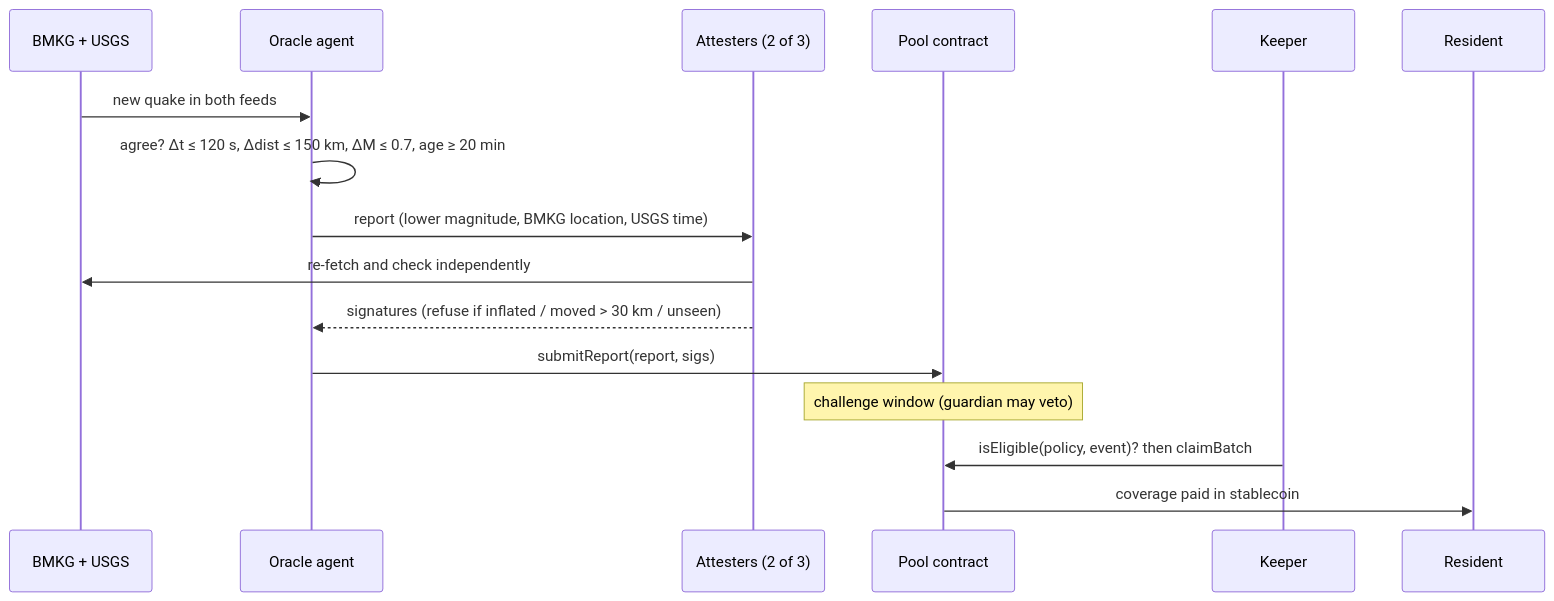
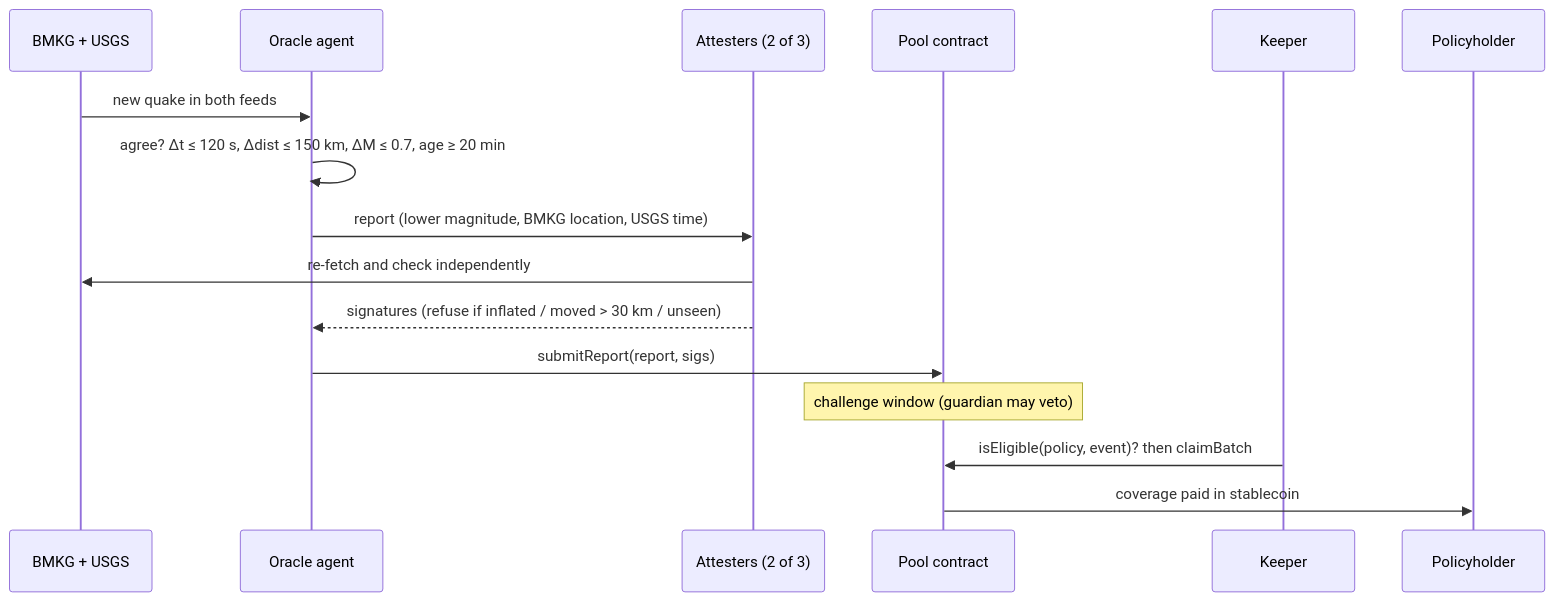
The second of 2 diagrams in README.md (arsetkus/arkus-quake), drawn with Mermaid before and after one commit. The commit also changed other lines of this file and 4 other files, not shown here.

````diff
--- a/README.md
+++ b/README.md
@@ -46,18 +46,18 @@
 ```mermaid
 sequenceDiagram
   participant Q as BMKG + USGS
   participant O as Oracle agent
   participant At as Attesters (2 of 3)
   participant C as Pool contract
   participant K as Keeper
-  participant W as Resident
+  participant W as Policyholder
   Q->>O: new quake in both feeds
   O->>O: agree? Δt ≤ 120 s, Δdist ≤ 150 km, ΔM ≤ 0.7, age ≥ 20 min
   O->>At: report (lower magnitude, BMKG location, USGS time)
   At->>Q: re-fetch and check independently
   At-->>O: signatures (refuse if inflated / moved > 30 km / unseen)
   O->>C: submitReport(report, sigs)
   Note over C: challenge window (guardian may veto)
   K->>C: isEligible(policy, event)? then claimBatch
   C->>W: coverage paid in stablecoin
 ```
````
